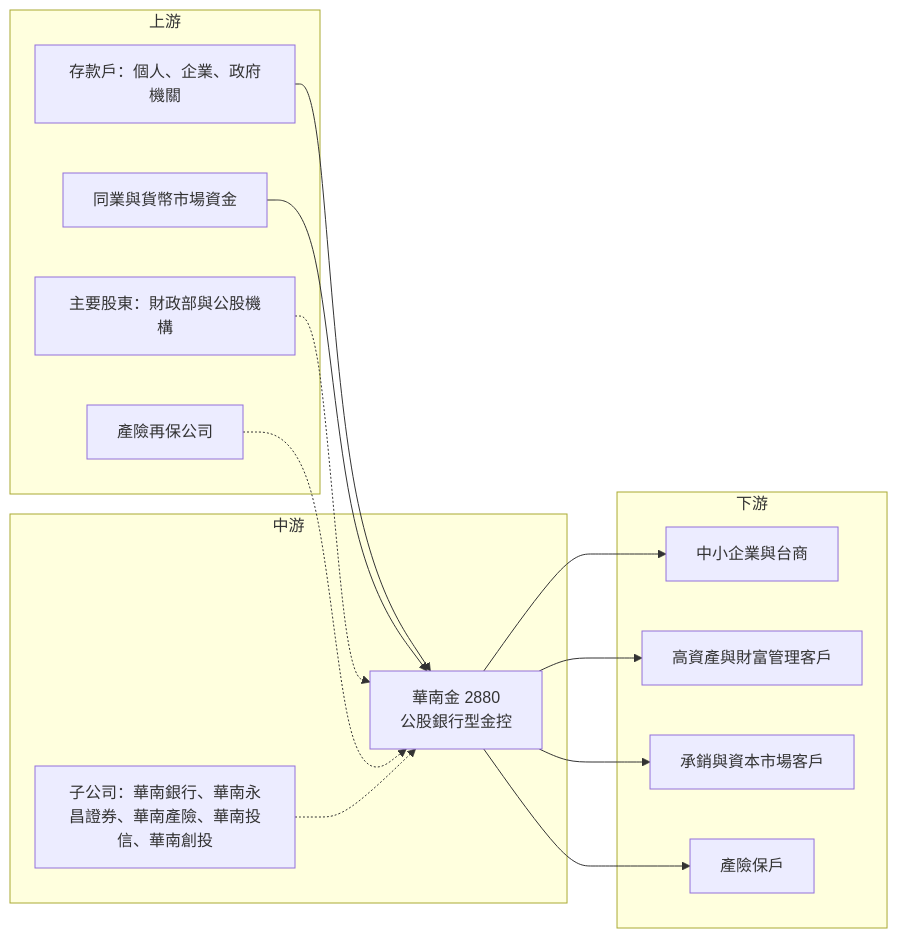
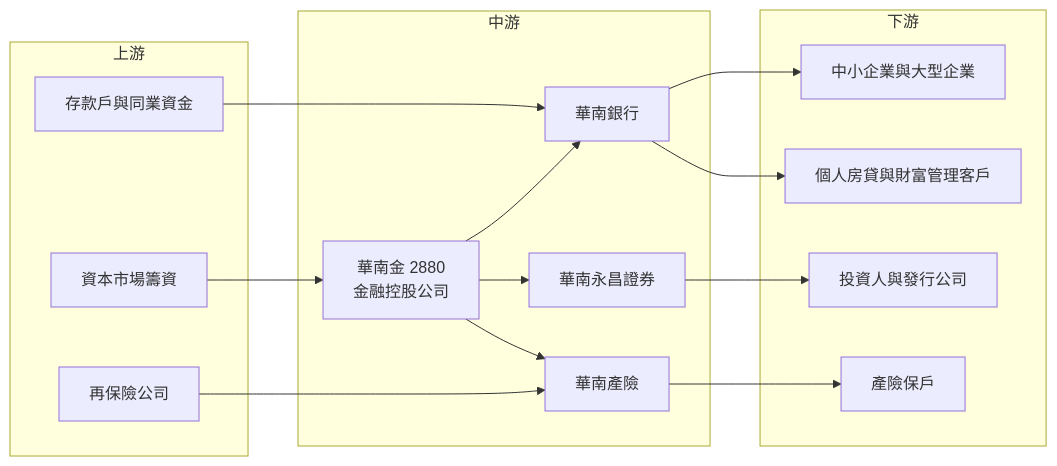
The fourth of 4 diagrams in 個股/台股/2880華南金.md (wangnick1004/taiwan-stock-vault), drawn with Mermaid before and after one commit. The commit also changed other lines of this file and 12 other files, not shown here.

````diff
--- a/個股/台股/2880華南金.md
+++ b/個股/台股/2880華南金.md
@@ -212,28 +218,30 @@
 ```mermaid
 flowchart LR
     subgraph 上游
-        A1[存款戶：個人、企業、政府機關]
-        A2[同業與貨幣市場資金]
-        A3[主要股東：財政部與公股機構]
-        A4[產險再保公司]
+        A1[存款戶與同業資金]
+        A2[資本市場籌資]
+        A3[再保險公司]
     end
     subgraph 中游
-        B[華南金 2880<br/>公股銀行型金控]
-        B2[子公司：華南銀行、華南永昌證券、華南產險、華南投信、華南創投]
+        B[華南金 2880<br/>金融控股公司]
+        B1[華南銀行]
+        B2[華南永昌證券]
+        B3[華南產險]
     end
     subgraph 下游
-        C1[中小企業與台商]
-        C2[高資產與財富管理客戶]
-        C3[承銷與資本市場客戶]
+        C1[中小企業與大型企業]
+        C2[個人房貸與財富管理客戶]
+        C3[投資人與發行公司]
         C4[產險保戶]
     end
-    A1 --> B
+    A1 --> B1
     A2 --> B
-    A3 -.-> B
-    A4 -.-> B
-    B2 -.-> B
-    B --> C1
-    B --> C2
-    B --> C3
-    B --> C4
+    A3 --> B3
+    B --> B1
+    B --> B2
+    B --> B3
+    B1 --> C1
+    B1 --> C2
+    B2 --> C3
+    B3 --> C4
 ```
````
